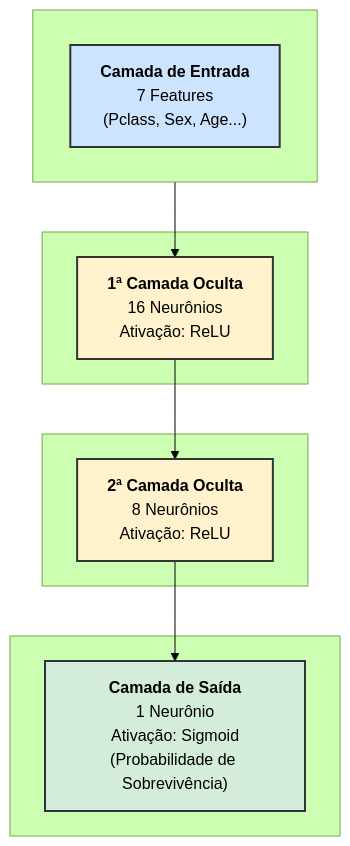
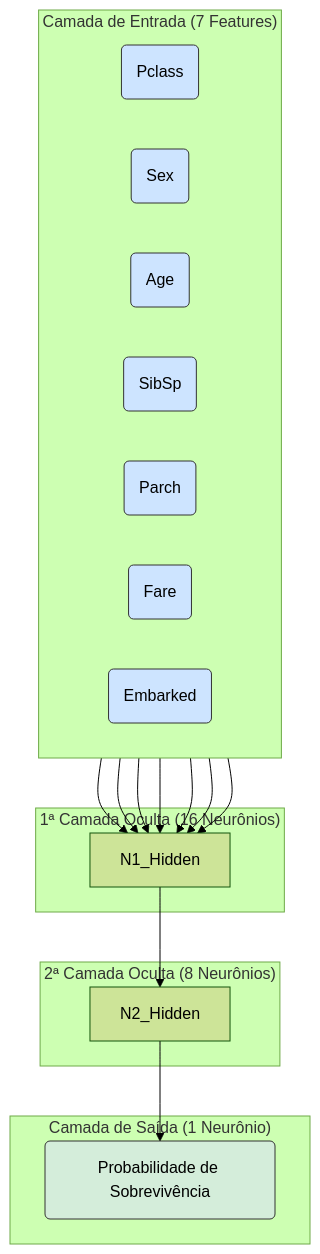
Before and after one commit to Cap-alfaMike/titanic-survival-eda-prediction-tensorflow: the diagram in README.md, drawn with Mermaid (forest theme).

Commit message:
Finaliza projeto com análise, modelo e documentação completa

````diff
--- a/README.md
+++ b/README.md
@@ -89,28 +89,33 @@
 ```mermaid
 graph TD
-    subgraph " "
+    subgraph "Camada de Entrada (7 Features)"
         direction LR
-        I1["<b>Camada de Entrada</b><br/>7 Features<br/>(Pclass, Sex, Age...)"];
+        I1(Pclass); I2(Sex); I3(Age); I4(SibSp); I5(Parch); I6(Fare); I7(Embarked);
     end
 
-    subgraph " "
-        H1["<b>1ª Camada Oculta</b><br/>16 Neurônios<br/>Ativação: ReLU"];
+    subgraph "1ª Camada Oculta (16 Neurônios)"
+        N1_Hidden;
     end
 
-    subgraph " "
-        H2["<b>2ª Camada Oculta</b><br/>8 Neurônios<br/>Ativação: ReLU"];
+    subgraph "2ª Camada Oculta (8 Neurônios)"
+        N2_Hidden;
     end
 
-    subgraph " "
-        O["<b>Camada de Saída</b><br/>1 Neurônio<br/>Ativação: Sigmoid<br/>(Probabilidade de Sobrevivência)"];
+    subgraph "Camada de Saída (1 Neurônio)"
+        N_Out(Probabilidade de Sobrevivência);
     end
 
-    I1 --> H1;
-    H1 --> H2;
-    H2 --> O;
+    I1 & I2 & I3 & I4 & I5 & I6 & I7 --> N1_Hidden;
+    N1_Hidden --> N2_Hidden;
+    N2_Hidden --> N_Out;
 
-    style I1 fill:#cde4ff,stroke:#333,stroke-width:2px;
-    style H1 fill:#fff2cc,stroke:#333,stroke-width:2px;
-    style H2 fill:#fff2cc,stroke:#333,stroke-width:2px;
-    style O fill:#d4edda,stroke:#333,stroke-width:2px;
+    style I1 fill:#cde4ff,stroke:#333
+    style I2 fill:#cde4ff,stroke:#333
+    style I3 fill:#cde4ff,stroke:#333
+    style I4 fill:#cde4ff,stroke:#333
+    style I5 fill:#cde4ff,stroke:#333
+    style I6 fill:#cde4ff,stroke:#333
+    style I7 fill:#cde4ff,stroke:#333
+    style N_Out fill:#d4edda,stroke:#333
+    
 ```
````
